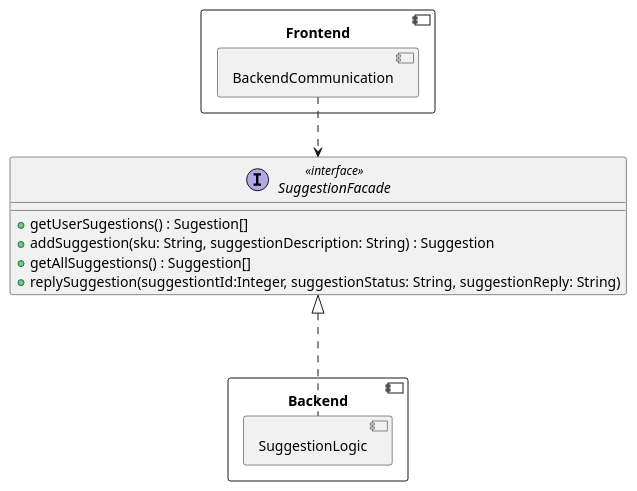
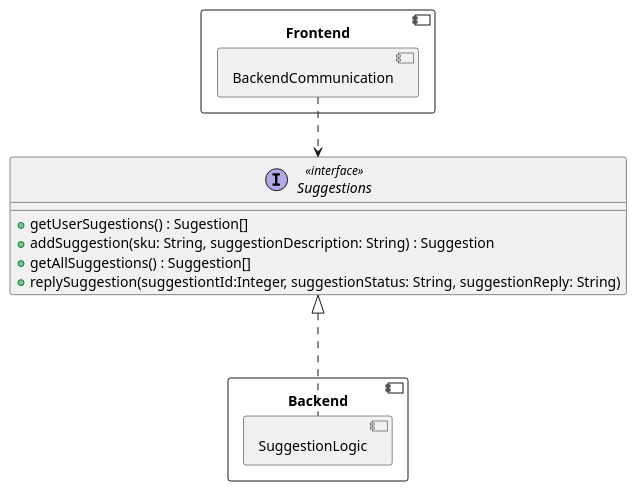
The fifth of 5 diagrams in frontend/BackendCommunication.md (RadekBucki/OpinionCollectorArchitecture), drawn with PlantUML before and after one commit. The commit also changed other lines of this file and 6 other files, not shown here.

````diff
--- a/frontend/BackendCommunication.md
+++ b/frontend/BackendCommunication.md
@@ -127,23 +127,23 @@
 ```plantuml
 @startuml
 component Frontend {
     component BackendCommunication {
     }
 }
 
 component Backend {
     component SuggestionLogic {
     }
 }
-interface SuggestionFacade <<interface>> {
+interface Suggestions <<interface>> {
     + getUserSugestions() : Sugestion[]
     + addSuggestion(sku: String, suggestionDescription: String) : Suggestion
     + getAllSuggestions() : Suggestion[]
     + replySuggestion(suggestiontId:Integer, suggestionStatus: String, suggestionReply: String)
 }
 
-BackendCommunication ..> SuggestionFacade
-SuggestionFacade     <|... SuggestionLogic
+BackendCommunication ..>   Suggestions
+Suggestions          <|... SuggestionLogic
 
 @enduml 
 ```
````
